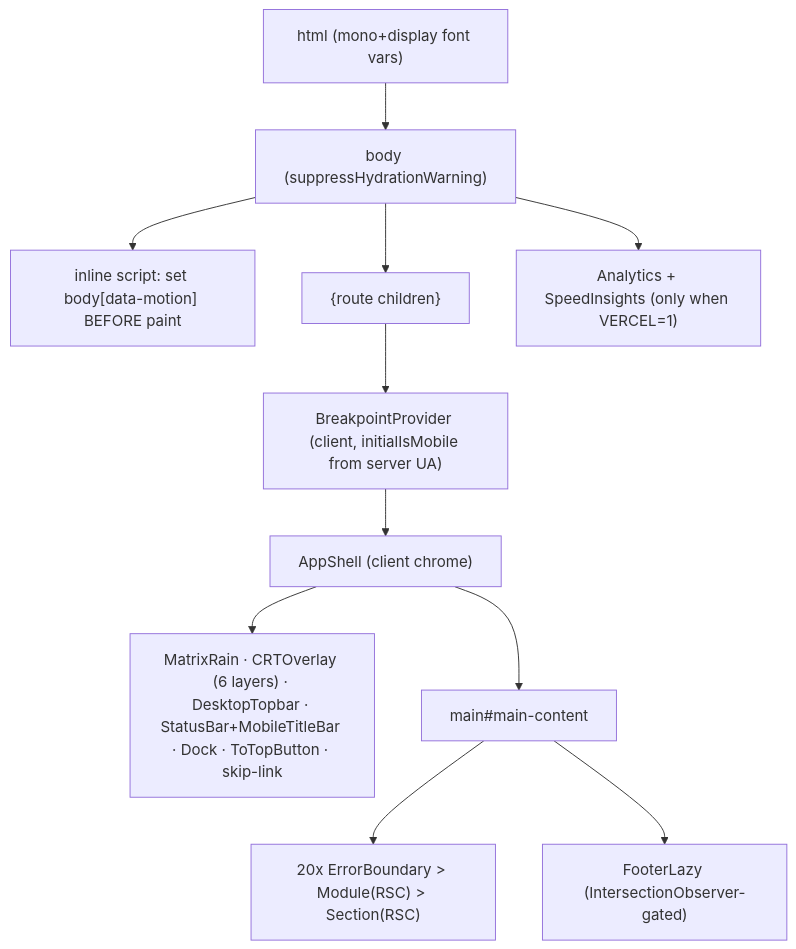
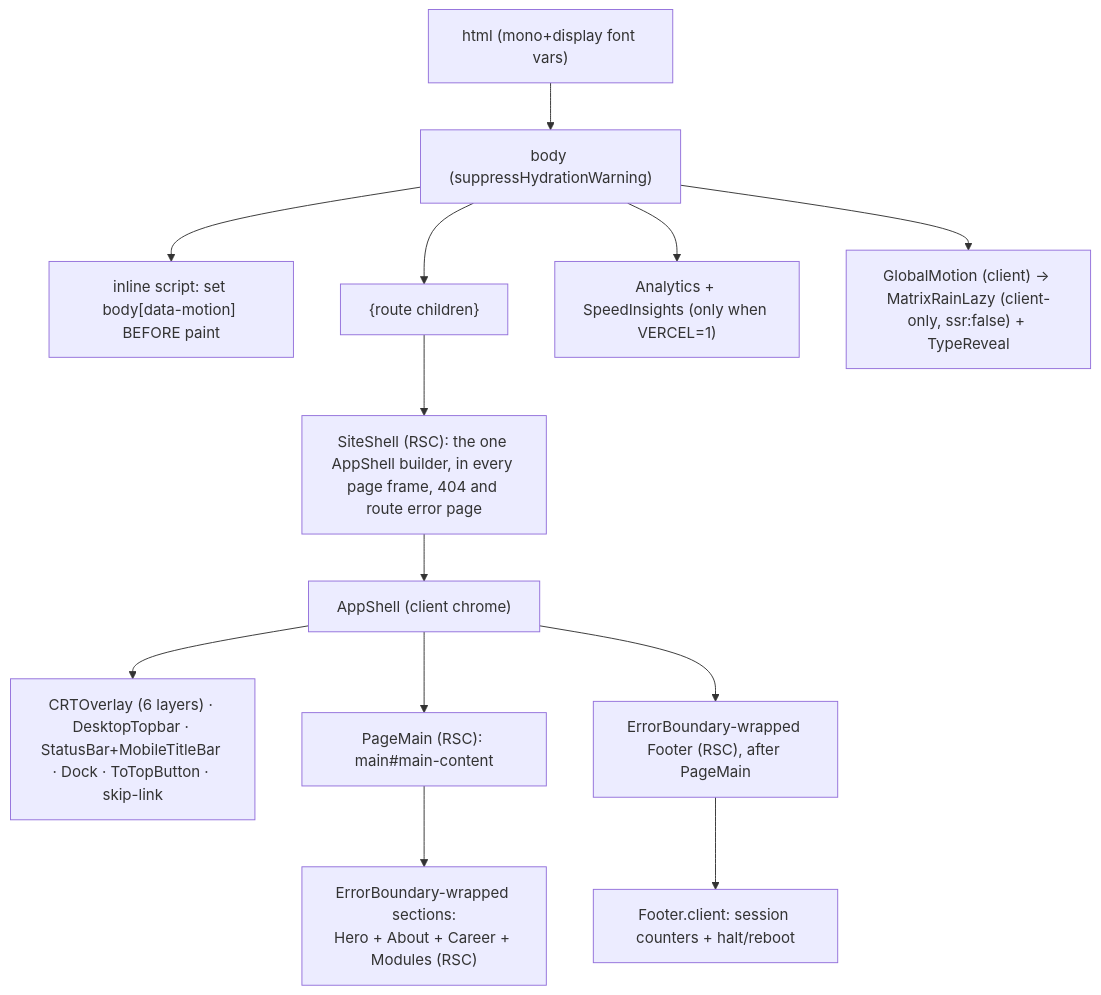
Before and after one commit to erikunha/portfolio: the second of 6 diagrams in docs/03-rendering-and-data-flow.md, drawn with Mermaid. The commit also changed other lines of this file and 1307 other files, not shown here.

````diff
--- a/docs/03-rendering-and-data-flow.md
+++ b/docs/03-rendering-and-data-flow.md
@@ -37,13 +63,15 @@
 ```mermaid
 flowchart TD
     html["html (mono+display font vars)"] --> body["body (suppressHydrationWarning)"]
     body --> boot["inline script: set body[data-motion] BEFORE paint"]
     body --> children["{route children}"]
     body --> rum["Analytics + SpeedInsights (only when VERCEL=1)"]
-    children --> bp["BreakpointProvider (client, initialIsMobile from server UA)"]
-    bp --> appshell["AppShell (client chrome)"]
-    appshell --> chrome["MatrixRain · CRTOverlay (6 layers) · DesktopTopbar · StatusBar+MobileTitleBar · Dock · ToTopButton · skip-link"]
-    appshell --> main["main#main-content"]
-    main --> secs["20x ErrorBoundary > Module(RSC) > Section(RSC)"]
-    main --> footer["FooterLazy (IntersectionObserver-gated)"]
+    body --> gm["GlobalMotion (client) -> MatrixRainLazy (client-only, ssr:false) + TypeReveal"]
+    children --> siteshell["SiteShell (RSC): the one AppShell builder, in every page frame, 404 and route error page"]
+    siteshell --> appshell["AppShell (client chrome)"]
+    appshell --> chrome["CRTOverlay (6 layers) · DesktopTopbar · StatusBar+MobileTitleBar · Dock · ToTopButton · skip-link"]
+    appshell --> main["PageMain (RSC): main#main-content"]
+    main --> secs["ErrorBoundary-wrapped sections:<br/>Hero + About + Career + Modules (RSC)"]
+    appshell --> footer["ErrorBoundary-wrapped Footer (RSC), after PageMain"]
+    footer --> footerIslands["Footer.client: session counters + halt/reboot"]
 ```
````
